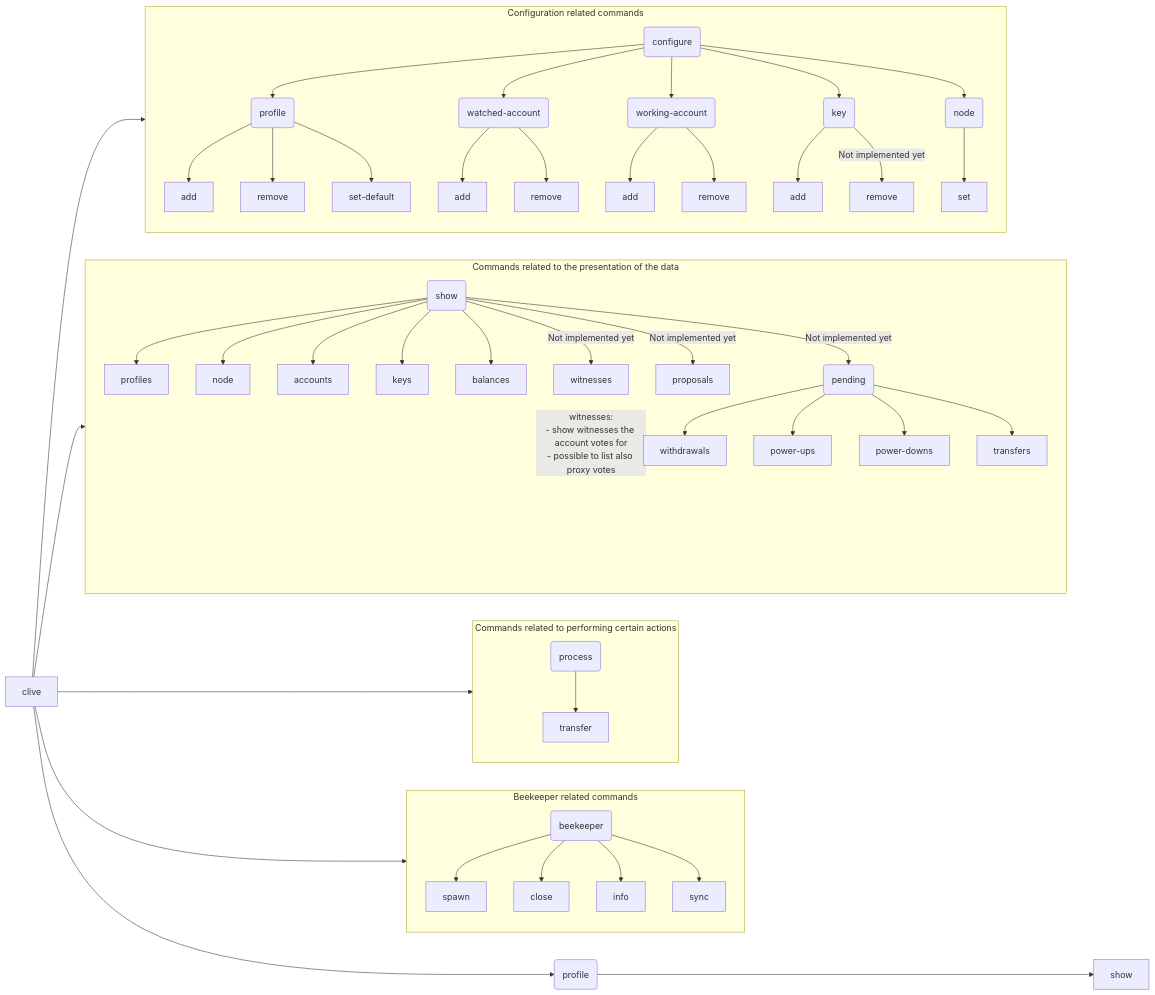
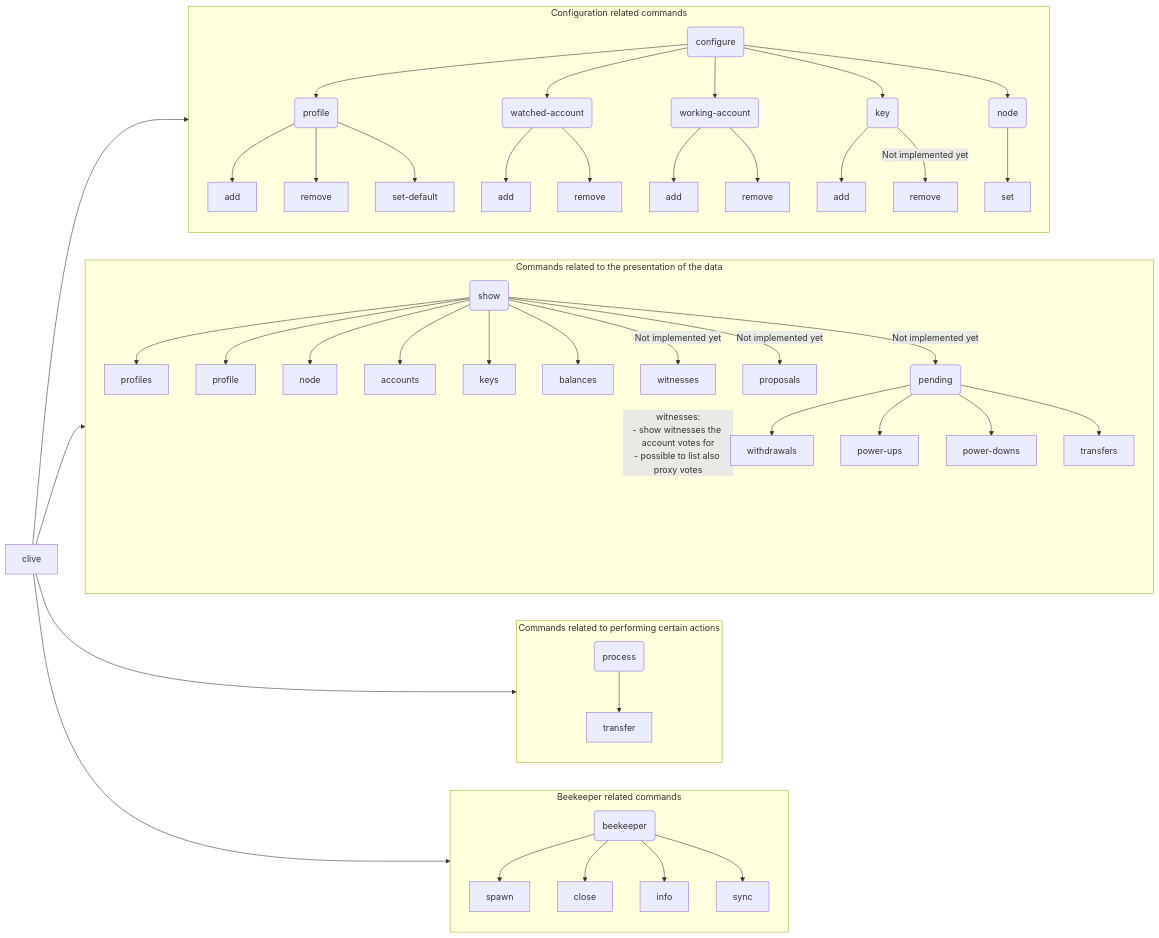
Before and after one commit to openhive-network/clive: the diagram in clive/__private/cli/commands_structure.md, drawn with Mermaid. The commit also changed 4 other files, not shown here.

Commit message:
Move and rename the `show profile` command

````diff
--- a/clive/__private/cli/commands_structure.md
+++ b/clive/__private/cli/commands_structure.md
@@ -16,66 +16,65 @@
 ```mermaid
 flowchart LR
     Clive[clive] --> Configuration
     Clive --> Presentation
     Clive --> Processing
     Clive --> BeekeeperRelated
 
     subgraph BeekeeperRelated[Beekeeper related commands]
         Beekeeper(beekeeper) --> BeekeeperSpawn[spawn]
         Beekeeper --> BeekeeperClose[close]
         Beekeeper --> BeekeeperInfo[info]
         Beekeeper --> BeekeeperSync[sync]
     end
 
    subgraph Processing[Commands related to performing certain actions]
         Process(process) --> Transfer[transfer]
     end
 
     subgraph Presentation[Commands related to the presentation of the data]
         Show(show) --> ShowProfiles[profiles]
+
+        Show --> ShowProfile[profile]
 
         Show --> ShowNode[node]
 
         Show --> ShowAccounts[accounts]
 
         Show --> ShowKeys[keys]
 
         Show --> ShowBalances[balances]
 
         Show -->|"Not implemented yet"| ShowWitnesses[witnesses]
         ShowWitnesses ~~~|"witnesses:<br>- show witnesses the account votes for<br>- possible to list also proxy votes"| ShowWitnesses
 
         Show -->|"Not implemented yet"| ShowProposals[proposals]
 
         Show -->|"Not implemented yet"| ShowPending(pending)
         ShowPending --> ShowPendingTransferFromSavings[withdrawals]
         ShowPending --> ShowPendingPowerUps[power-ups]
         ShowPending --> ShowPendingPowerDowns[power-downs]
         ShowPending --> ShowPendingRecurrentTransfers[transfers]
     end
 
     subgraph Configuration[Configuration related commands]
         Configure(configure) --> ConfigureProfile(profile)
         ConfigureProfile --> CreateProfile[add]
         ConfigureProfile --> DeleteProfile[remove]
         ConfigureProfile --> SetDefaultProfile[set-default]
 
         Configure --> ConfigureWatchedAccount(watched-account)
         ConfigureWatchedAccount --> AddWatchedAccount[add]
         ConfigureWatchedAccount --> RemoveWatchedAccount[remove]
 
         Configure --> ConfigureWorkingAccount(working-account)
         ConfigureWorkingAccount --> AddWorkingAccount[add]
         ConfigureWorkingAccount --> RemoveWorkingAccount[remove]
 
         Configure --> ConfigureKey(key)
         ConfigureKey --> AddKey[add]
         ConfigureKey -->|"Not implemented yet"| RemoveKey[remove]
 
         Configure --> ConfigureNode(node)
         ConfigureNode --> SetNode[set]
     end
-
-    Clive --> Profile(profile)
-    Profile --> ProfileShow[show]
 ```
````
